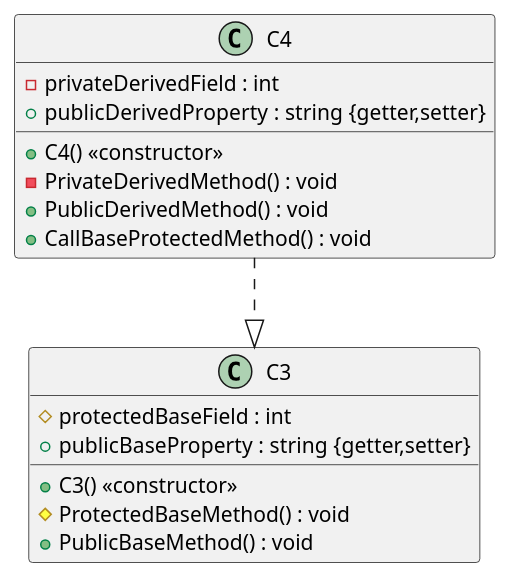
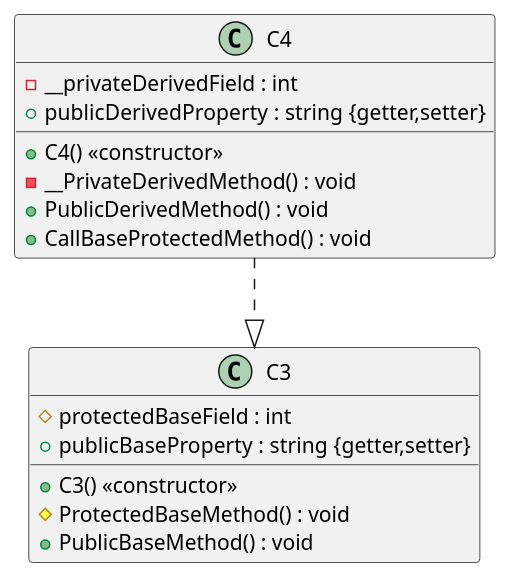
One commit to martim-x/DesingPatterns changed the diagram in lab2/task4.puml. Above: the diagram before and after it, drawn with PlantUML. The commit also changed 6 other files, not shown here.

```diff
--- a/lab2/task4.puml
+++ b/lab2/task4.puml
@@ -1,20 +1,20 @@
 @startuml C3_C4
 class C3 {
     # protectedBaseField : int
     + publicBaseProperty : string {getter,setter}
     + C3() <<constructor>>
     # ProtectedBaseMethod() : void
     + PublicBaseMethod() : void
 }
 
 class C4 {
-    - privateDerivedField : int
+    - __privateDerivedField : int
     + publicDerivedProperty : string {getter,setter}
     + C4() <<constructor>>
-    - PrivateDerivedMethod() : void
+    - __PrivateDerivedMethod() : void
     + PublicDerivedMethod() : void
     + CallBaseProtectedMethod() : void
 }
 
 C4 ..|> C3
 @enduml
```
